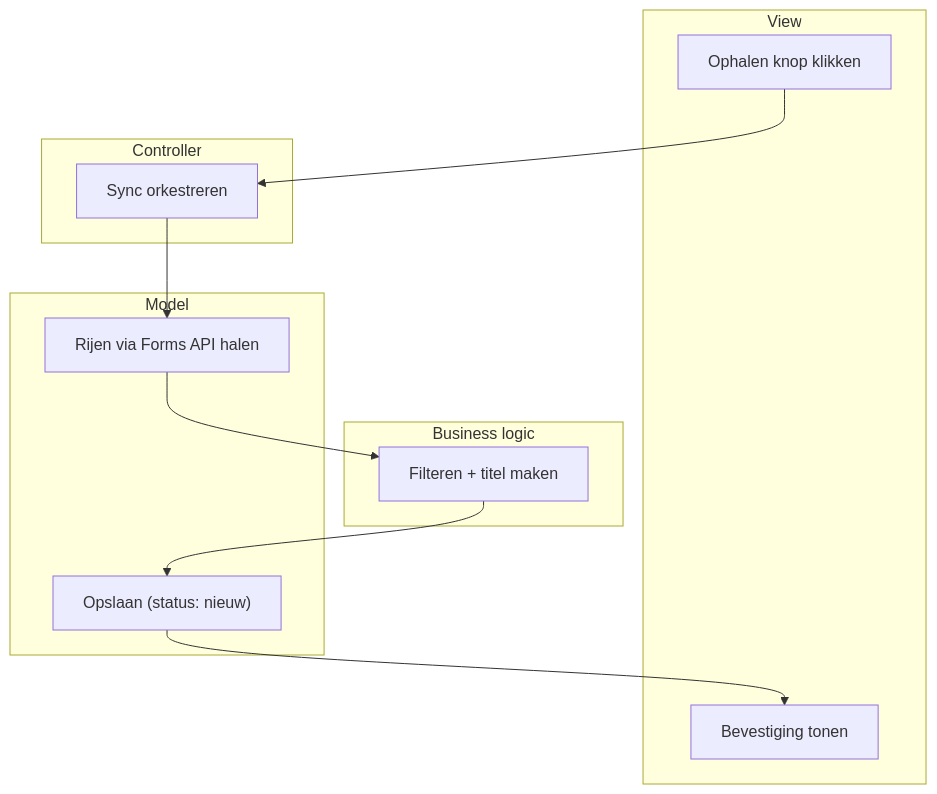
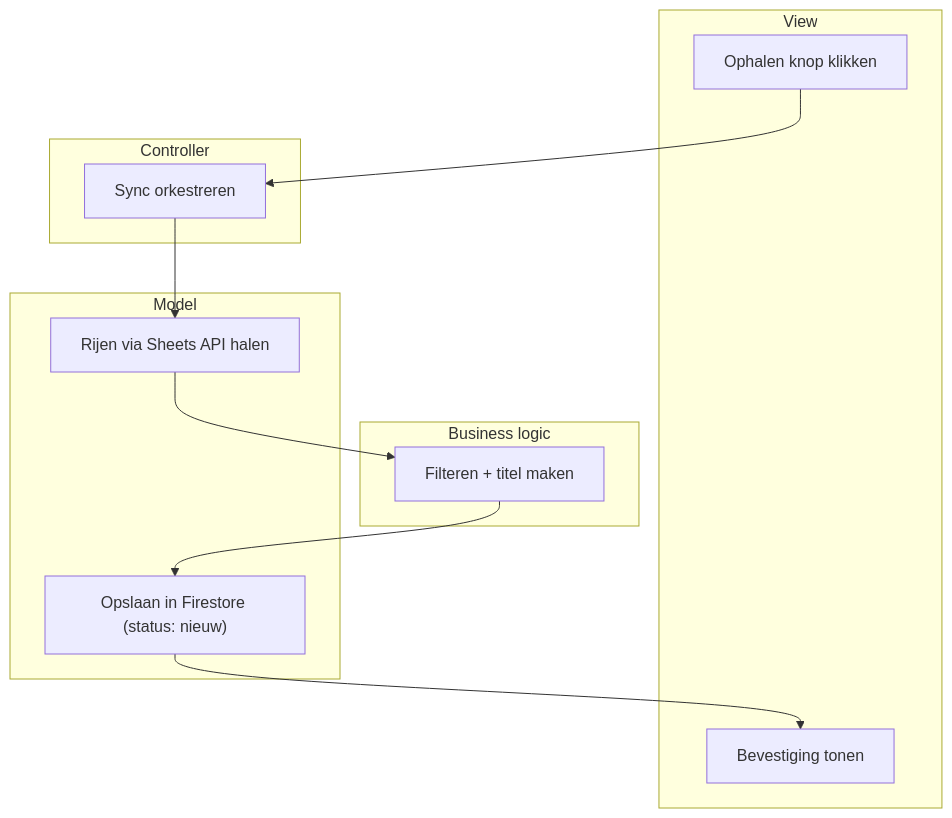
One commit to m-vanrompuy/confessor changed the third of 3 diagrams in README.md. Above: the diagram before and after it, drawn with Mermaid. The commit also changed other lines of this file and 61 other files, not shown here.

````diff
--- a/README.md
+++ b/README.md
@@ -154,18 +150,18 @@
 ```mermaid
 flowchart TD
     subgraph View
         A1[Ophalen knop klikken]
         A2[Bevestiging tonen]
     end
     subgraph Controller
         B1[Sync orkestreren]
     end
     subgraph BusinessLogic["Business logic"]
         C1[Filteren + titel maken]
     end
     subgraph Model
-        D1[Rijen via Forms API halen]
-        D2["Opslaan (status: nieuw)"]
+        D1[Rijen via Sheets API halen]
+        D2["Opslaan in Firestore (status: nieuw)"]
     end
     A1 --> B1 --> D1 --> C1 --> D2 --> A2
 ```
````
